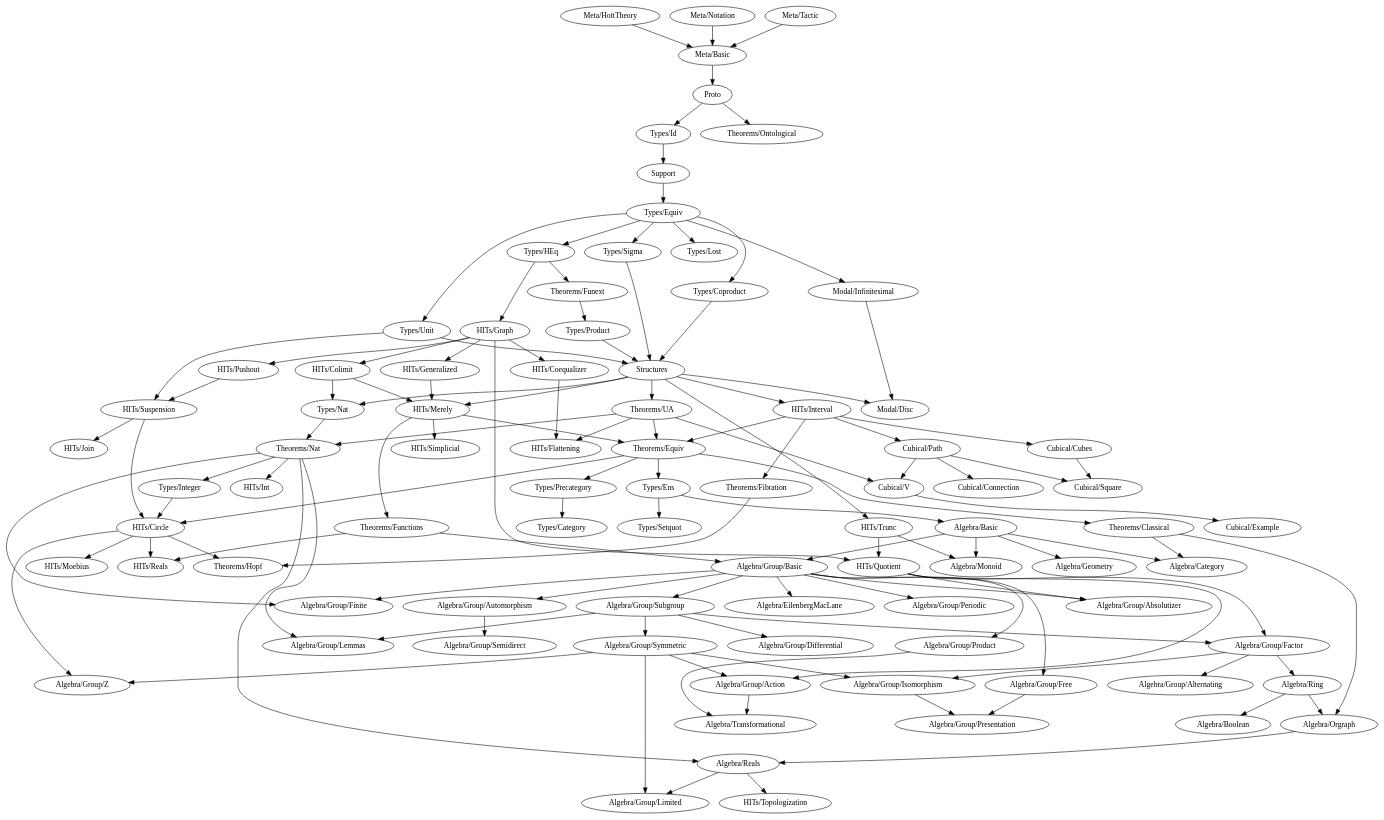
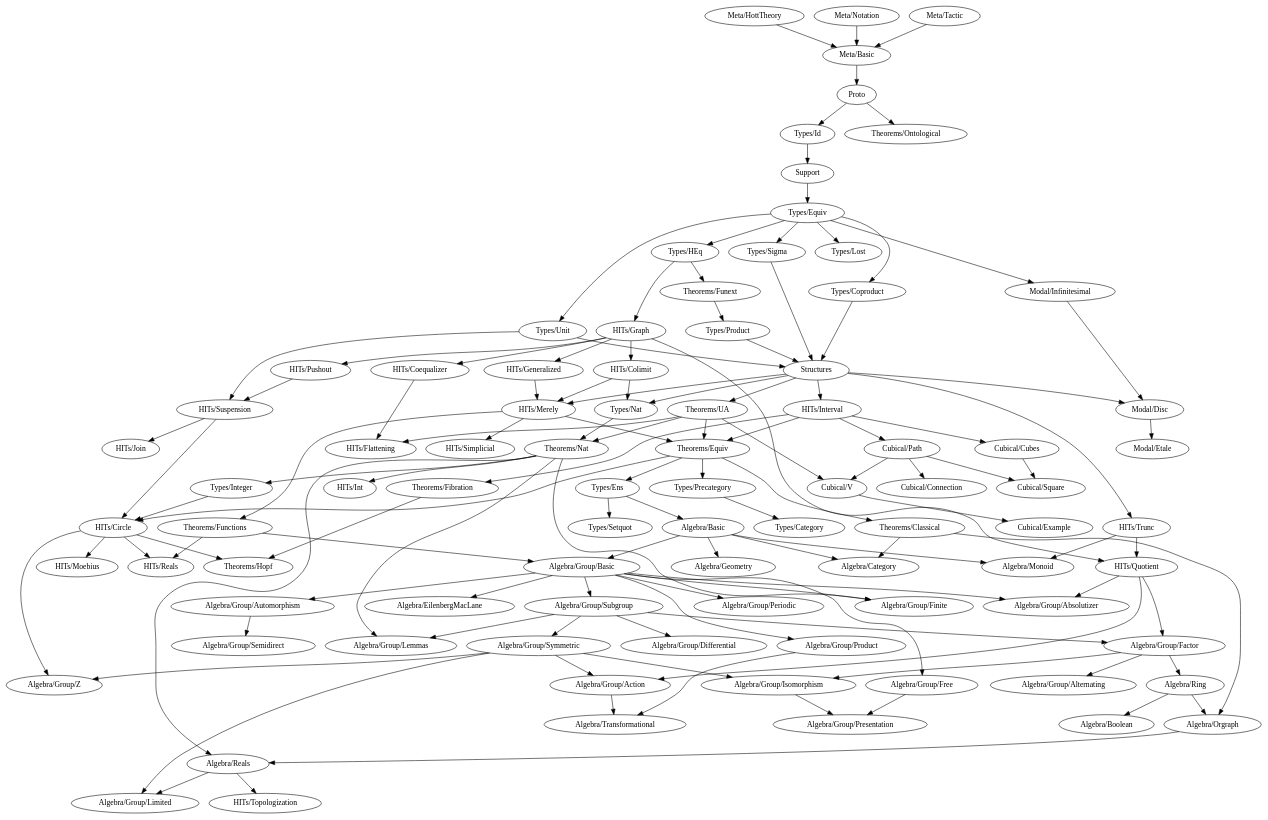
The diagram in dependency-map.gv (forked-from-1kasper/ground_zero), drawn with Graphviz before and after one commit. The commit also changed 3 other files, not shown here.

```diff
--- a/dependency-map.gv
+++ b/dependency-map.gv
@@ -166,7 +166,8 @@
   }
 
   subgraph Modal {
-    "Modal/Disc"
+    "Modal/Disc" -> { "Modal/Etale" }
+    "Modal/Etale"
     "Modal/Infinitesimal" -> { "Modal/Disc" }
   }
 
```
